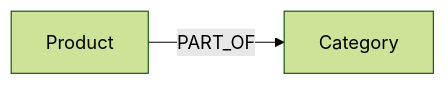
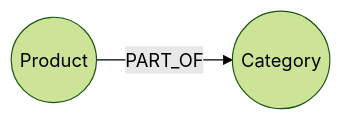
One commit to neo4j-graphacademy/courses changed the second of 8 diagrams in asciidoc/courses/workshop-importing/modules/3-importing-data/lessons/4-importing-relationships/lesson.adoc. Above: the diagram before and after it, drawn with Mermaid (forest theme). The commit also changed other lines of this file and 15 other files, not shown here.

````diff
--- a/asciidoc/courses/workshop-importing/modules/3-importing-data/lessons/4-importing-relationships/lesson.adoc
+++ b/asciidoc/courses/workshop-importing/modules/3-importing-data/lessons/4-importing-relationships/lesson.adoc
@@ -77,4 +77,4 @@
 ```mermaid
 graph LR
-    A[Product] -->|PART_OF| B[Category]
+    A((Product)) -->|PART_OF| B((Category))
 ```
````
